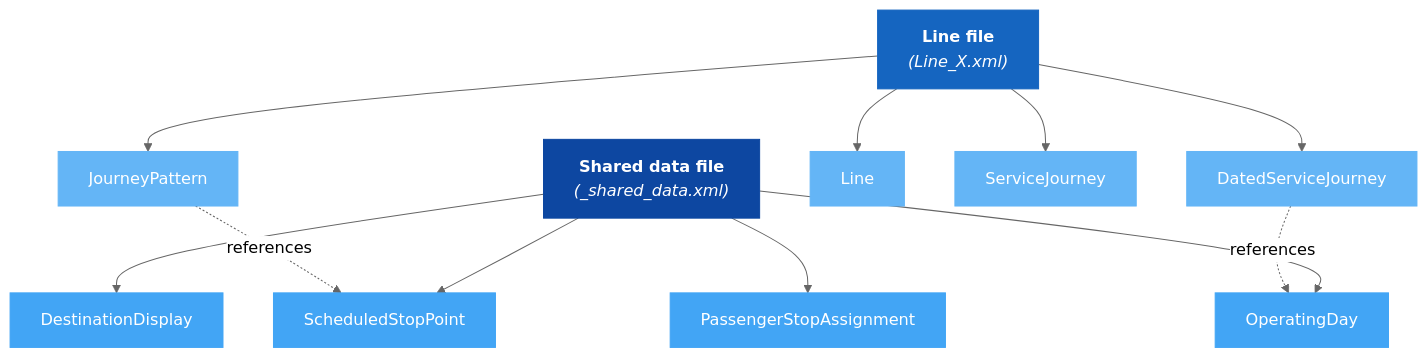
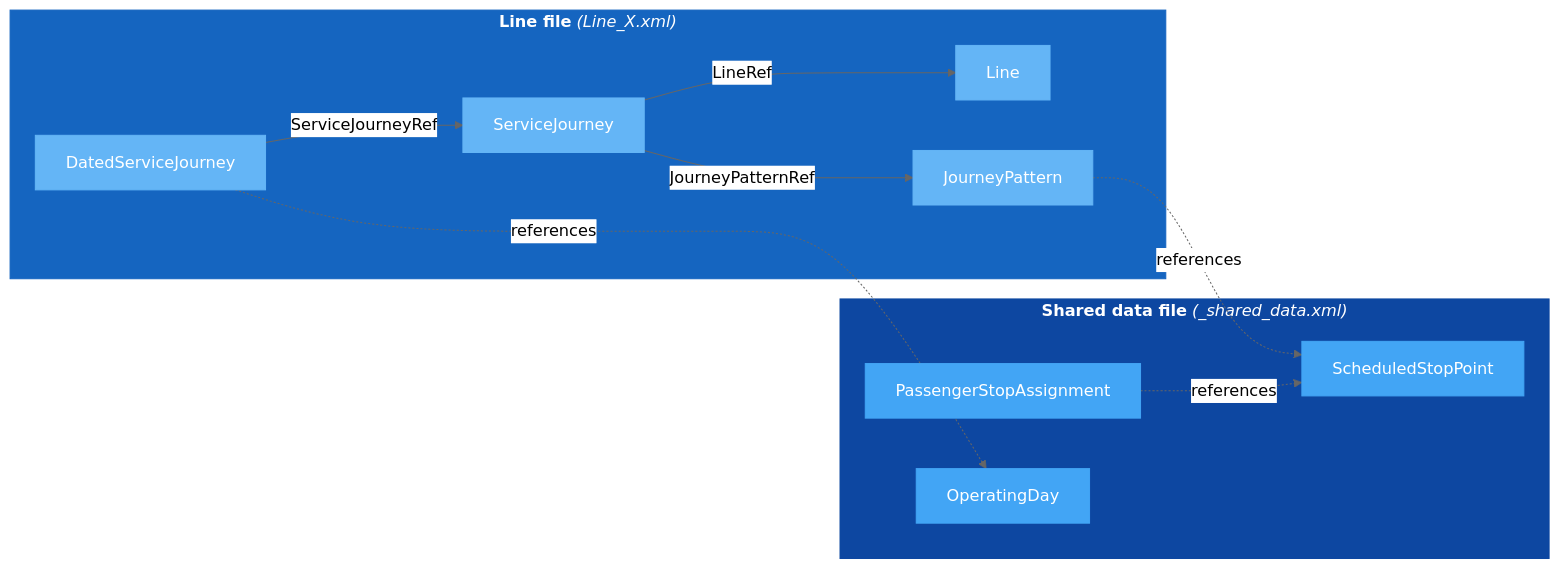
The fifth of 5 diagrams in Guides/HowToBuildATimetable/HowToBuildATimetable_Guide.md (hfjelstad/NeTEx-Nordic), drawn with Mermaid (neutral theme) before and after one commit.

Commit message:
Redesign section 9 diagram: LR subgraphs, remove DestinationDisplay

````diff
--- a/Guides/HowToBuildATimetable/HowToBuildATimetable_Guide.md
+++ b/Guides/HowToBuildATimetable/HowToBuildATimetable_Guide.md
@@ -328,29 +328,32 @@
 ```mermaid
-flowchart TD
-    LINE["<b>Line file</b><br/><i>(Line_X.xml)</i>"]
-    SHARED["<b>Shared data file</b><br/><i>(_shared_data.xml)</i>"]
+flowchart LR
+    subgraph LINE["<b>Line file</b> <i>(Line_X.xml)</i>"]
+        LN["Line"]
+        JP["JourneyPattern"]
+        SJ["ServiceJourney"]
+        DSJ["DatedServiceJourney"]
+    end
 
-    LINE --> JP["JourneyPattern"]
-    LINE --> LN["Line"]
-    LINE --> SJ["ServiceJourney"]
-    LINE --> DSJ["DatedServiceJourney"]
+    subgraph SHARED["<b>Shared data file</b> <i>(_shared_data.xml)</i>"]
+        SSP["ScheduledStopPoint"]
+        PSA["PassengerStopAssignment"]
+        OD["OperatingDay"]
+    end
 
-    SHARED --> SSP["ScheduledStopPoint"]
-    SHARED --> DD["DestinationDisplay"]
-    SHARED --> PSA["PassengerStopAssignment"]
-    SHARED --> OD["OperatingDay"]
-
+    SJ -->|"LineRef"| LN
+    SJ -->|"JourneyPatternRef"| JP
+    DSJ -->|"ServiceJourneyRef"| SJ
     JP -.->|"references"| SSP
+    PSA -.->|"references"| SSP
     DSJ -.->|"references"| OD
 
+    style LINE fill:#1565C0,stroke:#1565C0,color:#fff
     style SHARED fill:#0D47A1,stroke:#0D47A1,color:#fff
-    style LINE fill:#1565C0,stroke:#1565C0,color:#fff
     style SSP fill:#42A5F5,stroke:#42A5F5,color:#fff
     style PSA fill:#42A5F5,stroke:#42A5F5,color:#fff
-    style DD fill:#42A5F5,stroke:#42A5F5,color:#fff
     style OD fill:#42A5F5,stroke:#42A5F5,color:#fff
     style LN fill:#64B5F6,stroke:#64B5F6,color:#fff
     style JP fill:#64B5F6,stroke:#64B5F6,color:#fff
     style SJ fill:#64B5F6,stroke:#64B5F6,color:#fff
     style DSJ fill:#64B5F6,stroke:#64B5F6,color:#fff
 ```
````
